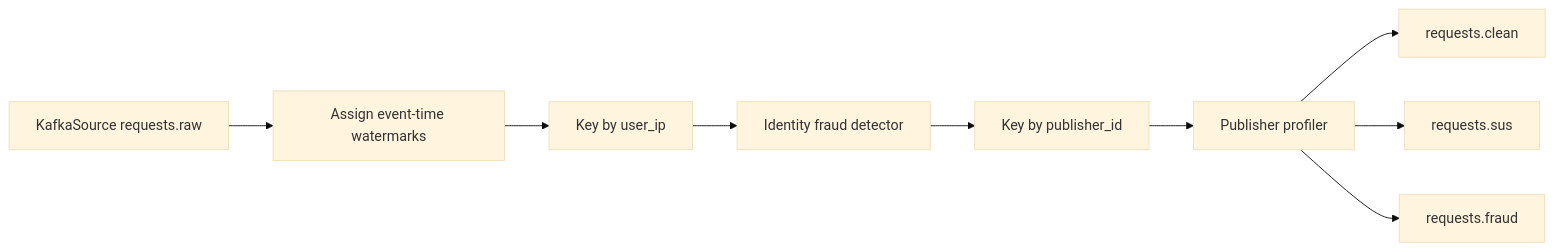
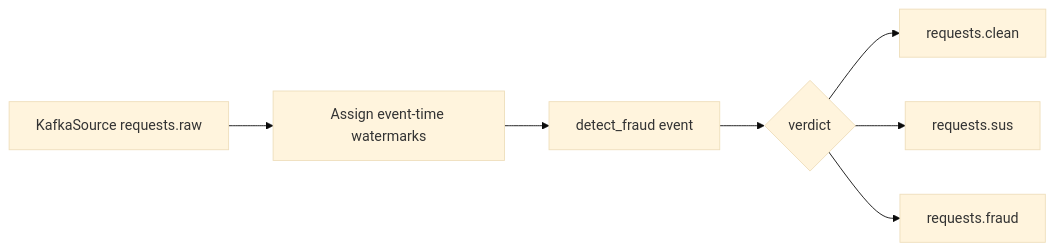
The diagram in docs/flink_processing.md (IamMistake/ai-ad-request-safety-pipeline), drawn with Mermaid (base theme) before and after one commit. The commit also changed other lines of this file and 22 other files, not shown here.

````diff
--- a/docs/flink_processing.md
+++ b/docs/flink_processing.md
@@ -19,11 +17,9 @@
 ```mermaid
 flowchart LR
     A[KafkaSource requests.raw] --> B[Assign event-time watermarks]
-    B --> C[Key by user_ip]
-    C --> D[Identity fraud detector]
-    D --> E[Key by publisher_id]
-    E --> F[Publisher profiler]
-    F --> G[requests.clean]
-    F --> H[requests.sus]
-    F --> I[requests.fraud]
+    B --> C[detect_fraud event]
+    C --> D{verdict}
+    D --> E[requests.clean]
+    D --> F[requests.sus]
+    D --> G[requests.fraud]
 ```
````
